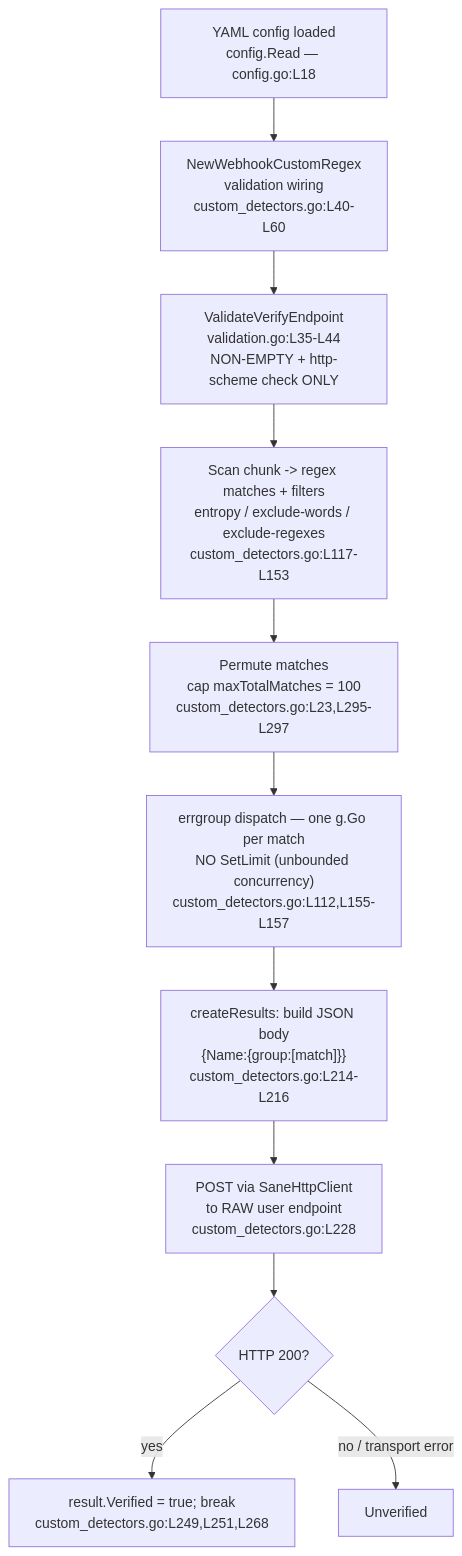
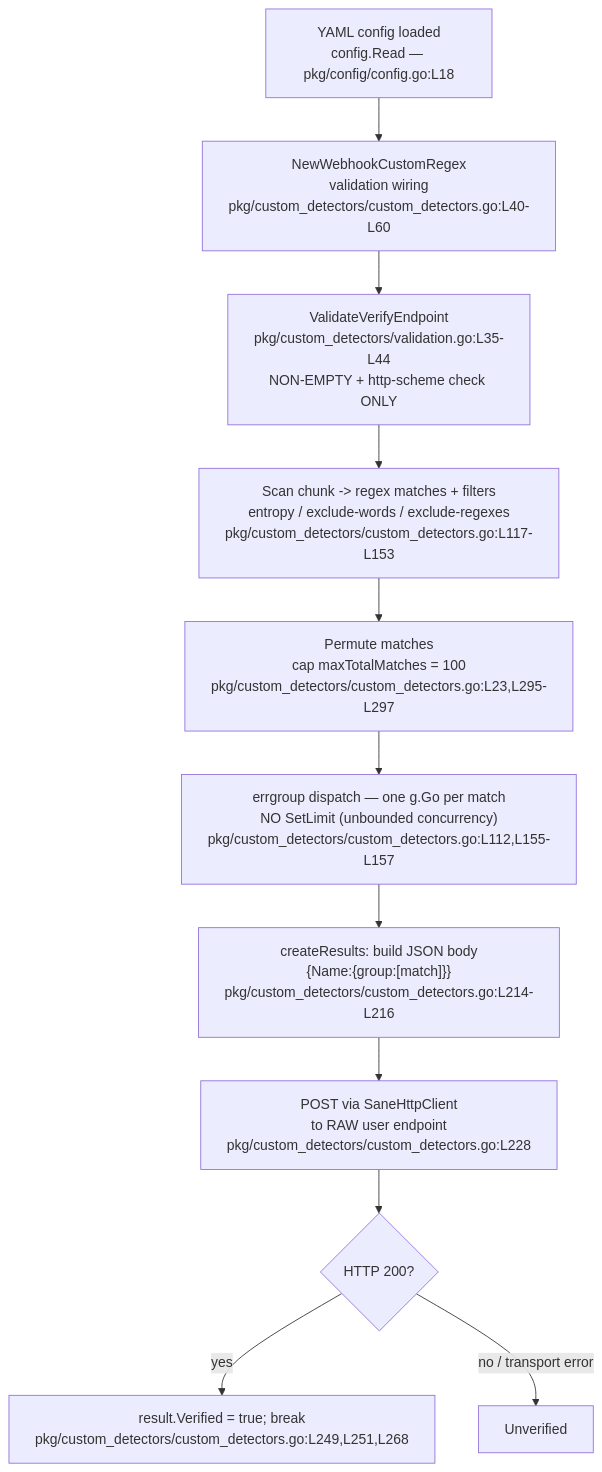
Before and after one commit to blitzy-research/trufflehog: the diagram in blitzy/documentation/trufflehog_e42153d44a5e.md, drawn with Mermaid. The commit also changed other lines of this file, not shown here.

First line of the commit message:
docs(security): address code-review findings in TruffleHog custom-detector verification analysis

````diff
--- a/blitzy/documentation/trufflehog_e42153d44a5e.md
+++ b/blitzy/documentation/trufflehog_e42153d44a5e.md
@@ -79,13 +79,13 @@
 ```mermaid
 flowchart TD
-    A["YAML config loaded<br/>config.Read — config.go:L18"] --> B["NewWebhookCustomRegex<br/>validation wiring<br/>custom_detectors.go:L40-L60"]
-    B --> C["ValidateVerifyEndpoint<br/>validation.go:L35-L44<br/>NON-EMPTY + http-scheme check ONLY"]
-    C --> D["Scan chunk -> regex matches + filters<br/>entropy / exclude-words / exclude-regexes<br/>custom_detectors.go:L117-L153"]
-    D --> E["Permute matches<br/>cap maxTotalMatches = 100<br/>custom_detectors.go:L23,L295-L297"]
-    E --> F["errgroup dispatch — one g.Go per match<br/>NO SetLimit (unbounded concurrency)<br/>custom_detectors.go:L112,L155-L157"]
-    F --> G["createResults: build JSON body<br/>{Name:{group:[match]}}<br/>custom_detectors.go:L214-L216"]
-    G --> H["POST via SaneHttpClient<br/>to RAW user endpoint<br/>custom_detectors.go:L228"]
+    A["YAML config loaded<br/>config.Read — pkg/config/config.go:L18"] --> B["NewWebhookCustomRegex<br/>validation wiring<br/>pkg/custom_detectors/custom_detectors.go:L40-L60"]
+    B --> C["ValidateVerifyEndpoint<br/>pkg/custom_detectors/validation.go:L35-L44<br/>NON-EMPTY + http-scheme check ONLY"]
+    C --> D["Scan chunk -> regex matches + filters<br/>entropy / exclude-words / exclude-regexes<br/>pkg/custom_detectors/custom_detectors.go:L117-L153"]
+    D --> E["Permute matches<br/>cap maxTotalMatches = 100<br/>pkg/custom_detectors/custom_detectors.go:L23,L295-L297"]
+    E --> F["errgroup dispatch — one g.Go per match<br/>NO SetLimit (unbounded concurrency)<br/>pkg/custom_detectors/custom_detectors.go:L112,L155-L157"]
+    F --> G["createResults: build JSON body<br/>{Name:{group:[match]}}<br/>pkg/custom_detectors/custom_detectors.go:L214-L216"]
+    G --> H["POST via SaneHttpClient<br/>to RAW user endpoint<br/>pkg/custom_detectors/custom_detectors.go:L228"]
     H --> I{"HTTP 200?"}
-    I -->|"yes"| J["result.Verified = true; break<br/>custom_detectors.go:L249,L251,L268"]
+    I -->|"yes"| J["result.Verified = true; break<br/>pkg/custom_detectors/custom_detectors.go:L249,L251,L268"]
     I -->|"no / transport error"| K["Unverified"]
 ```
````
